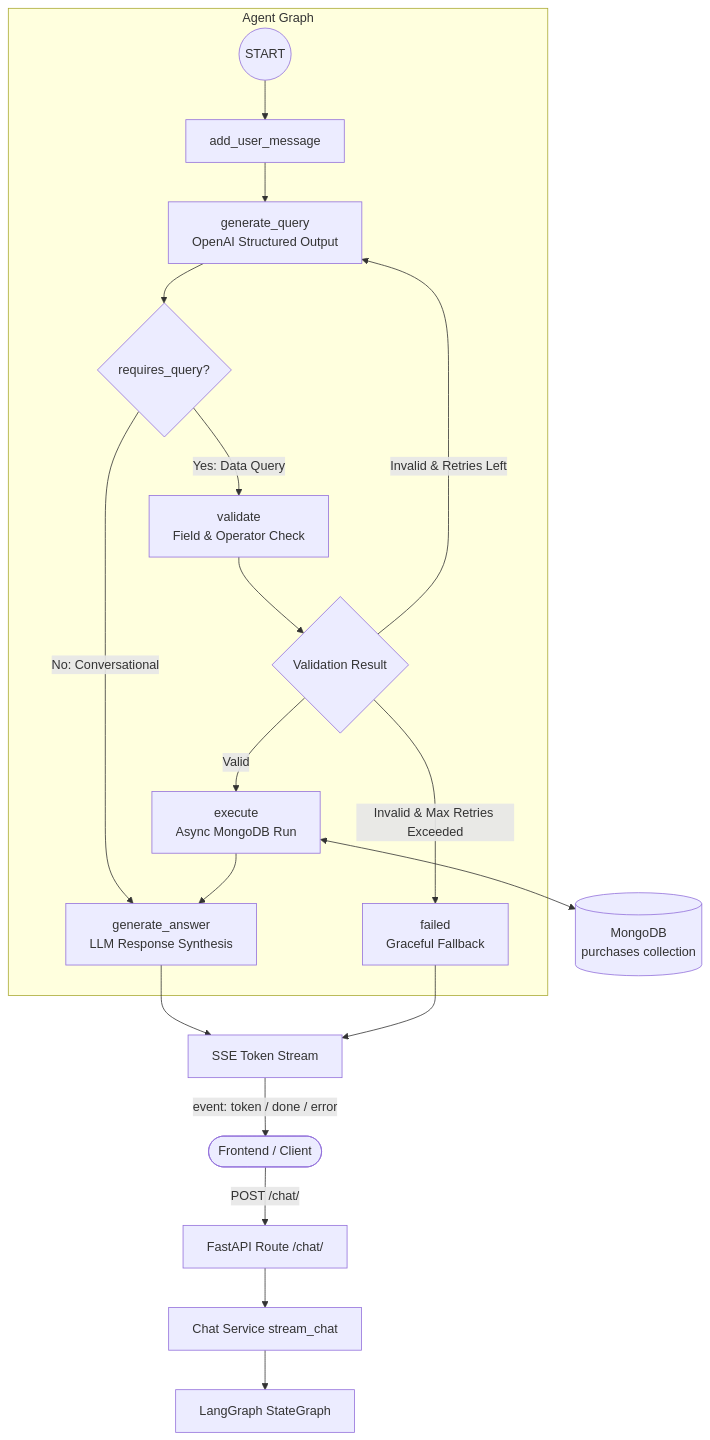
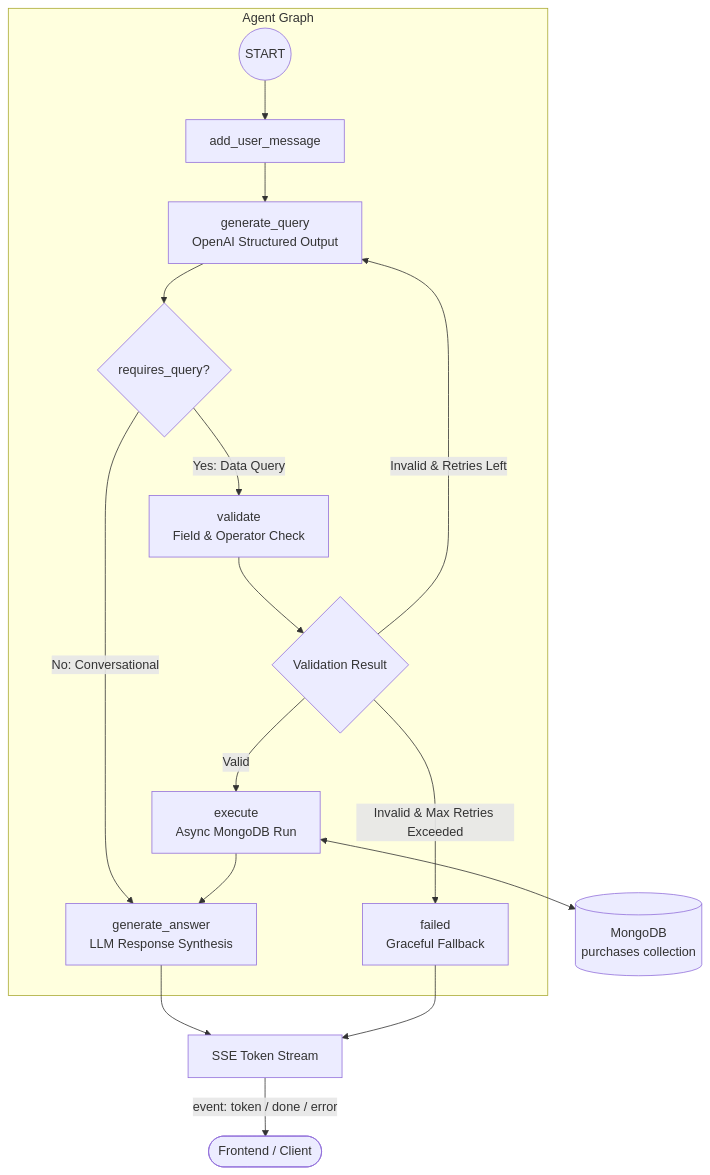
The diagram in README.md (Abdulwadood0/procurement-ai-api), drawn with Mermaid before and after one commit. The commit also changed 1 other file, not shown here.

Commit message:
edit prompt

````diff
--- a/README.md
+++ b/README.md
@@ -44,27 +44,25 @@
 ```mermaid
 flowchart TD
-    Client([Frontend / Client]) -->|POST /chat/| FastAPIRoute[FastAPI Route /chat/]
-    FastAPIRoute --> ChatService[Chat Service stream_chat]
-    ChatService --> LangGraphAgent[LangGraph StateGraph]
+    Client([Frontend / Client]) 
 
     subgraph Agent Graph
         START((START)) --> AddUserMessage[add_user_message]
         AddUserMessage --> GenerateQuery[generate_query\nOpenAI Structured Output]
         
         GenerateQuery --> RouteAfterQuery{requires_query?}
         RouteAfterQuery -->|No: Conversational| GenerateAnswer[generate_answer\nLLM Response Synthesis]
         RouteAfterQuery -->|Yes: Data Query| ValidateQuery[validate\nField & Operator Check]
 
         ValidateQuery --> RouteAfterValidation{Validation Result}
         RouteAfterValidation -->|Valid| ExecuteQuery[execute\nAsync MongoDB Run]
         RouteAfterValidation -->|Invalid & Retries Left| GenerateQuery
         RouteAfterValidation -->|Invalid & Max Retries Exceeded| FailedNode[failed\nGraceful Fallback]
 
         ExecuteQuery --> GenerateAnswer
     end
 
     ExecuteQuery <--> MongoDB[(MongoDB\npurchases collection)]
     GenerateAnswer --> StreamOutput[SSE Token Stream]
     FailedNode --> StreamOutput
     StreamOutput -->|event: token / done / error| Client
 ```
````
